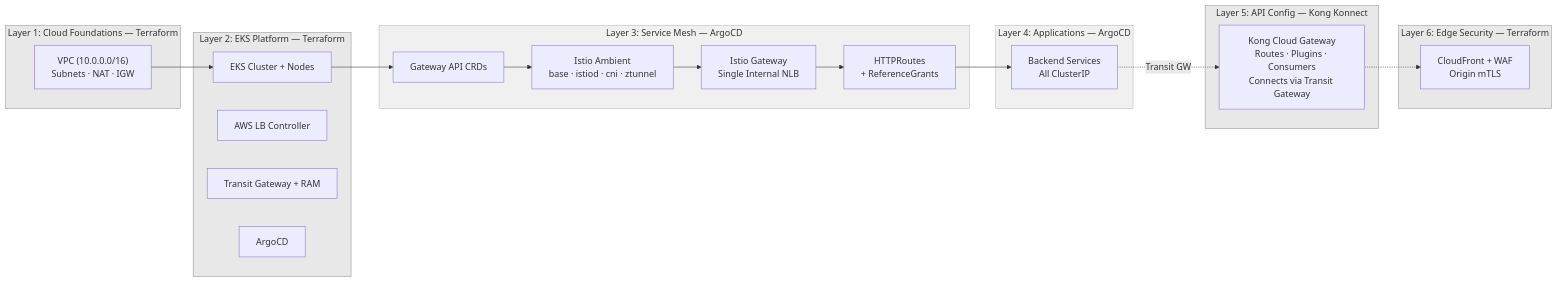
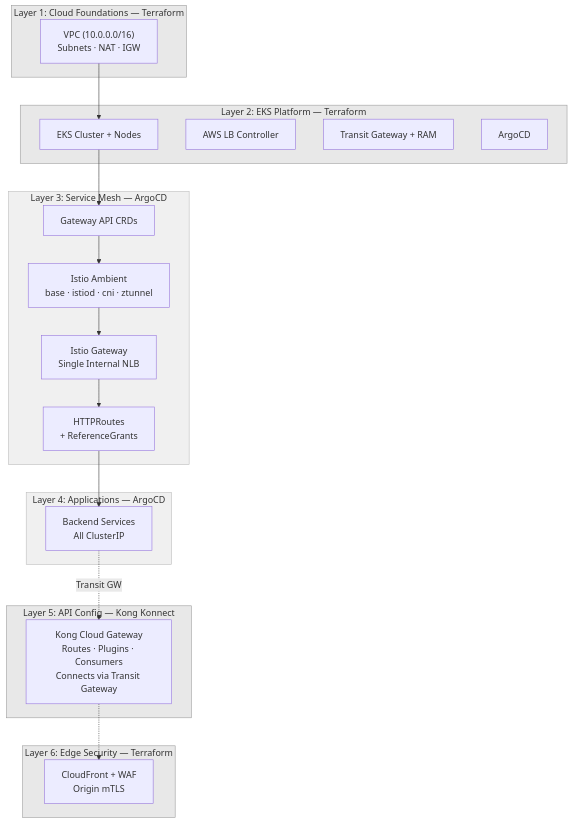
One commit to shanaka-versent/Kong-Konnect-Cloud-Gateway-on-EKS changed the fourth of 4 diagrams in README.md. Above: the diagram before and after it, drawn with Mermaid.

Commit message:
Move Deployment Layers after Prerequisites and stack vertically
Reposition the Deployment Layers diagram to appear before the
deployment steps for better context. Change from left-to-right
to top-to-bottom layout so layers stack naturally.

````diff
--- a/README.md
+++ b/README.md
@@ -398,48 +222,48 @@
 ```mermaid
-graph LR
+graph TB
     subgraph L1 ["Layer 1: Cloud Foundations — Terraform"]
         VPC["VPC (10.0.0.0/16)<br/>Subnets · NAT · IGW"]
     end
 
     subgraph L2 ["Layer 2: EKS Platform — Terraform"]
         EKS[EKS Cluster + Nodes]
         LBC[AWS LB Controller]
         TGW2[Transit Gateway + RAM]
         ArgoCD2[ArgoCD]
     end
 
     subgraph L3 ["Layer 3: Service Mesh — ArgoCD"]
         CRDs[Gateway API CRDs]
         Istio[Istio Ambient<br/>base · istiod · cni · ztunnel]
         GW[Istio Gateway<br/>Single Internal NLB]
         Routes[HTTPRoutes<br/>+ ReferenceGrants]
     end
 
     subgraph L4 ["Layer 4: Applications — ArgoCD"]
         Apps[Backend Services<br/>All ClusterIP]
     end
 
     subgraph L5 ["Layer 5: API Config — Kong Konnect"]
         KongGW[Kong Cloud Gateway<br/>Routes · Plugins · Consumers<br/>Connects via Transit Gateway]
     end
 
     subgraph L6 ["Layer 6: Edge Security — Terraform"]
         CFront[CloudFront + WAF<br/>Origin mTLS]
     end
 
     VPC --> EKS
     EKS --> CRDs
     CRDs --> Istio
     Istio --> GW
     GW --> Routes
     Routes --> Apps
     Apps -.->|Transit GW| KongGW
     KongGW -.-> CFront
 
     style L1 fill:#E8E8E8,stroke:#999,color:#333
     style L2 fill:#E8E8E8,stroke:#999,color:#333
     style L3 fill:#F0F0F0,stroke:#BBB,color:#333
     style L4 fill:#F0F0F0,stroke:#BBB,color:#333
     style L5 fill:#E8E8E8,stroke:#999,color:#333
     style L6 fill:#E8E8E8,stroke:#999,color:#333
 ```
````
